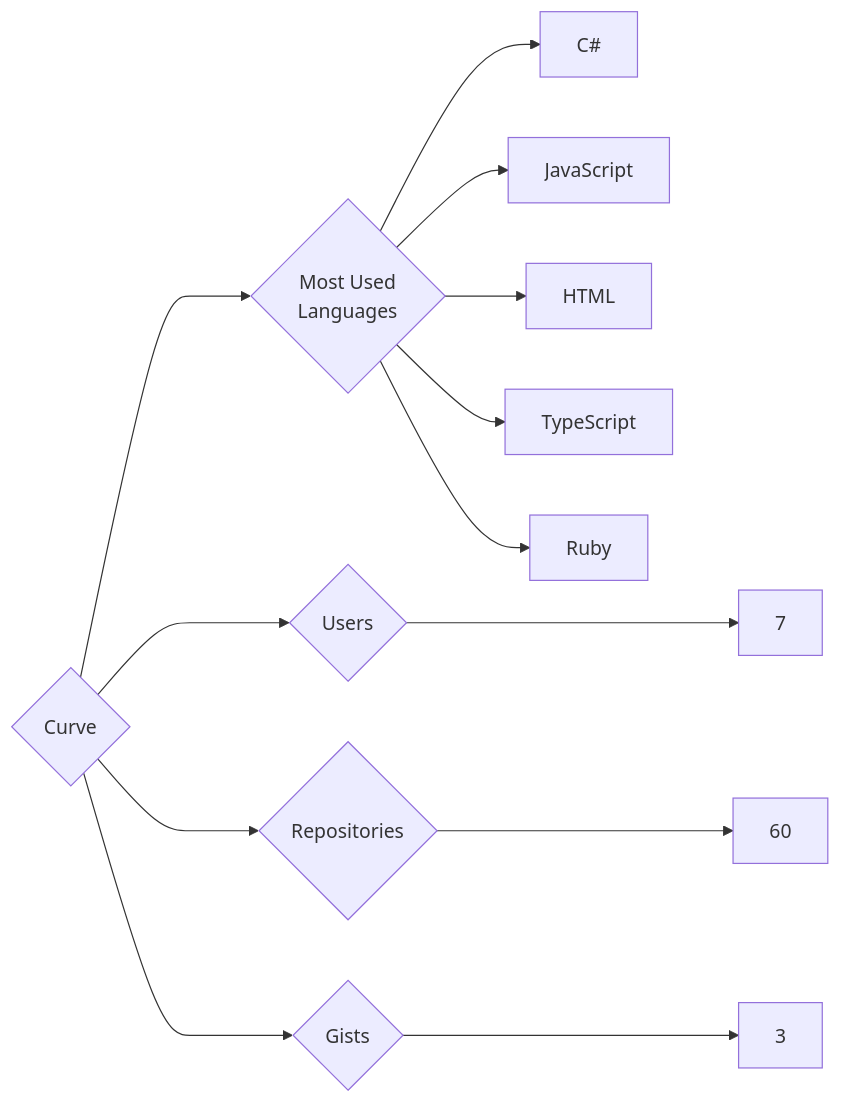
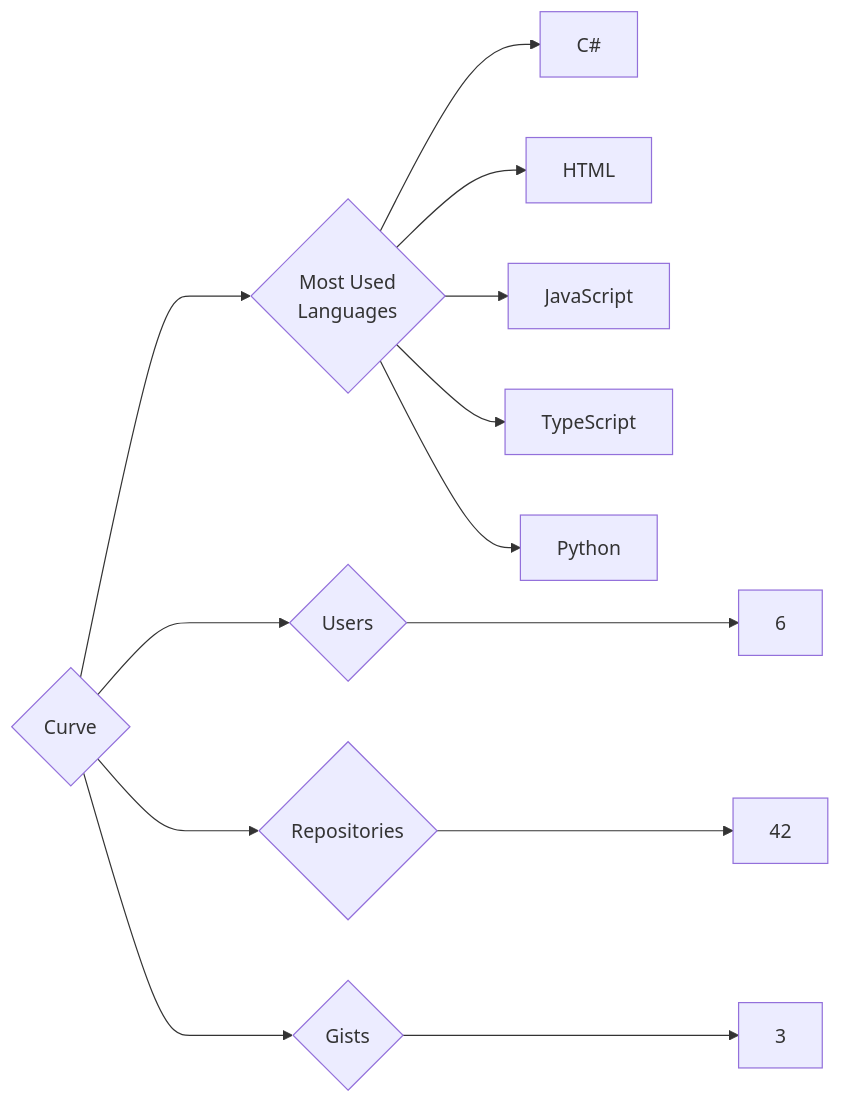
One commit to trickest/insiders changed the diagram in targets/Curve/README.md. Above: the diagram before and after it, drawn with Mermaid. The commit also changed 1084 other files, not shown here.

````diff
--- a/targets/Curve/README.md
+++ b/targets/Curve/README.md
@@ -3,13 +3,13 @@
 ```mermaid
 graph LR
 COMPANY_NAME{Curve}
-COMPANY_NAME ---> U{Users} ---> UN[7]
-COMPANY_NAME ---> R{Repositories} ---> RN[60]
+COMPANY_NAME ---> U{Users} ---> UN[6]
+COMPANY_NAME ---> R{Repositories} ---> RN[42]
 COMPANY_NAME ---> G{Gists} ---> GN[3]
 COMPANY_NAME ---> ML{Most Used<br>Languages}
 ML --> C#[C#]
+ML --> HTML[HTML]
 ML --> JavaScript[JavaScript]
-ML --> HTML[HTML]
 ML --> TypeScript[TypeScript]
-ML --> Ruby[Ruby]
+ML --> Python[Python]
 ```
````
